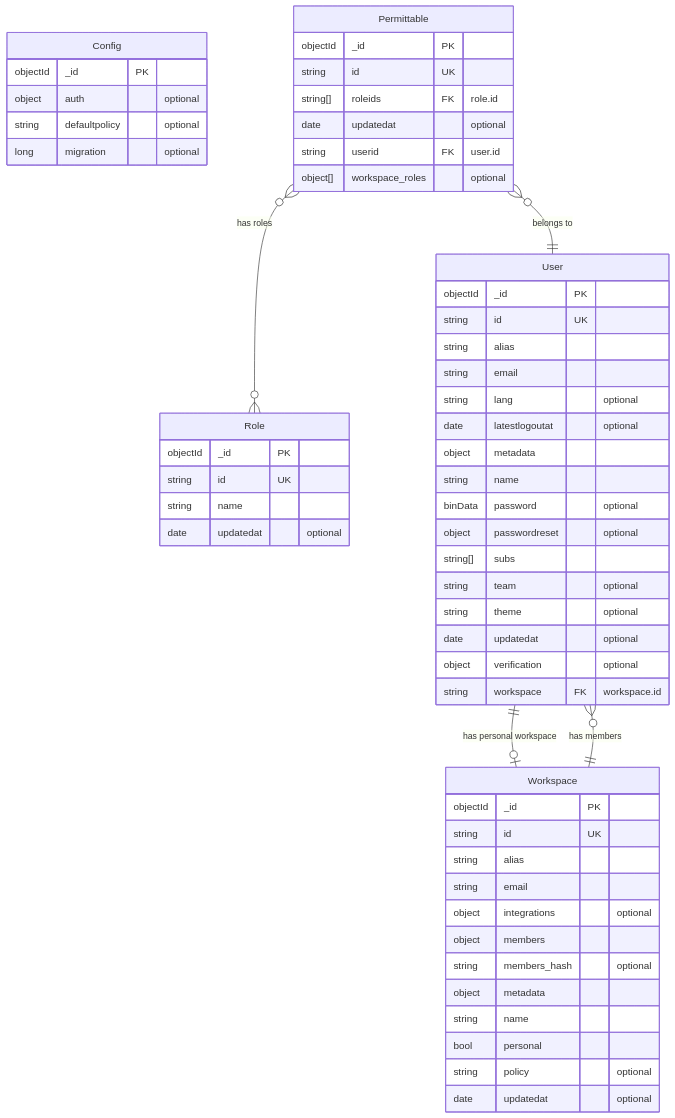
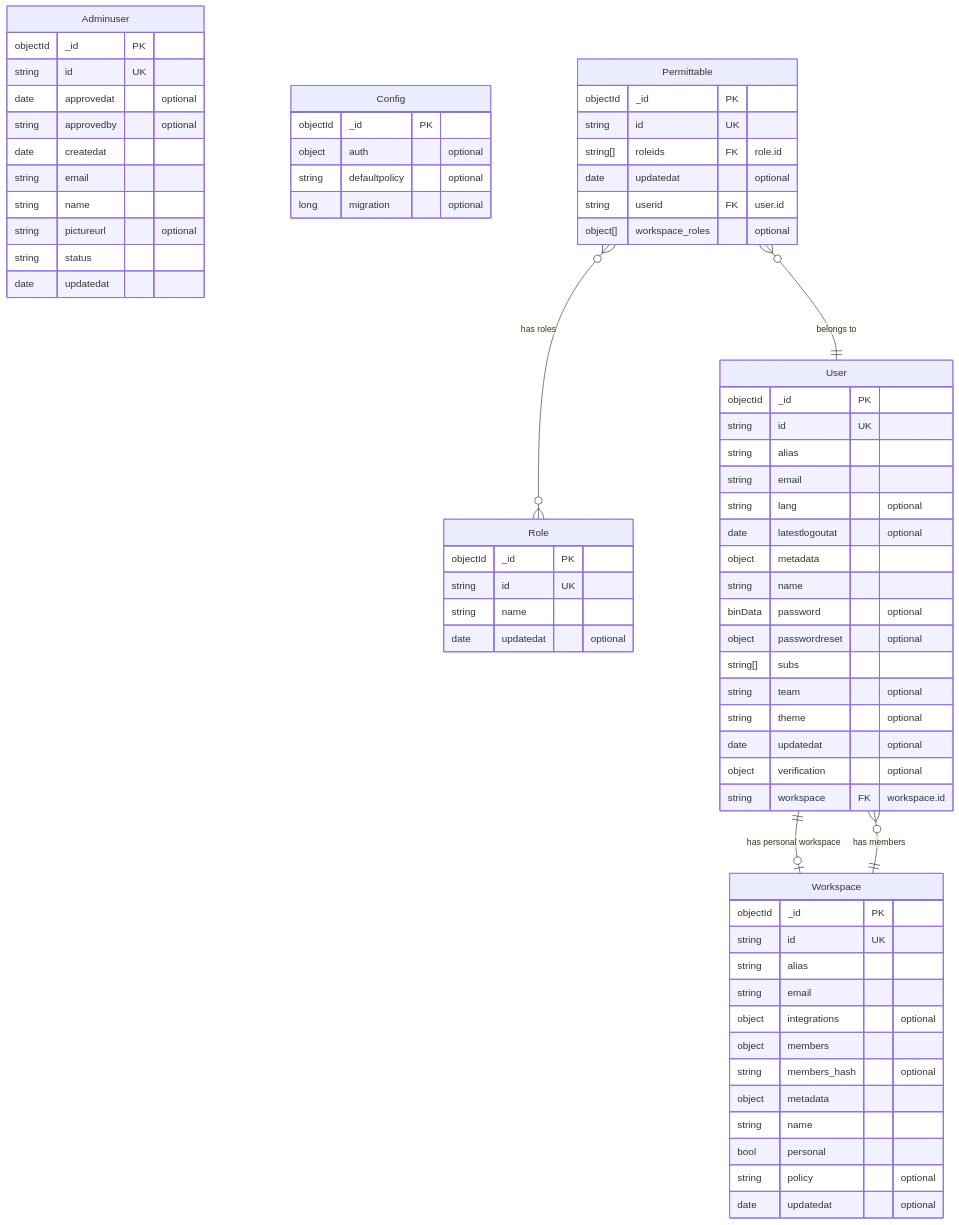
The diagram in server/internal/infrastructure/mongo/schema/ER.md (reearth/reearth-accounts), drawn with Mermaid before and after one commit. The commit also changed 28 other files, not shown here.

````diff
--- a/server/internal/infrastructure/mongo/schema/ER.md
+++ b/server/internal/infrastructure/mongo/schema/ER.md
@@ -5,64 +5,77 @@
 ```mermaid
 erDiagram
+    Adminuser {
+        objectId _id PK
+        string id UK
+        date approvedat "optional"
+        string approvedby "optional"
+        date createdat
+        string email
+        string name
+        string pictureurl "optional"
+        string status
+        date updatedat
+    }
+
     Config {
         objectId _id PK
         object auth "optional"
         string defaultpolicy "optional"
         long migration "optional"
     }
 
     Permittable {
         objectId _id PK
         string id UK
         string[] roleids FK "role.id"
         date updatedat "optional"
         string userid FK "user.id"
         object[] workspace_roles "optional"
     }
 
     Role {
         objectId _id PK
         string id UK
         string name
         date updatedat "optional"
     }
 
     User {
         objectId _id PK
         string id UK
         string alias
         string email
         string lang "optional"
         date latestlogoutat "optional"
         object metadata
         string name
         binData password "optional"
         object passwordreset "optional"
         string[] subs
         string team "optional"
         string theme "optional"
         date updatedat "optional"
         object verification "optional"
         string workspace FK "workspace.id"
     }
 
     Workspace {
         objectId _id PK
         string id UK
         string alias
         string email
         object integrations "optional"
         object members
         string members_hash "optional"
         object metadata
         string name
         bool personal
         string policy "optional"
         date updatedat "optional"
     }
 
     User ||--o| Workspace : "has personal workspace"
     Workspace ||--o{ User : "has members"
     Permittable }o--|| User : "belongs to"
     Permittable }o--o{ Role : "has roles"
 ```
````
